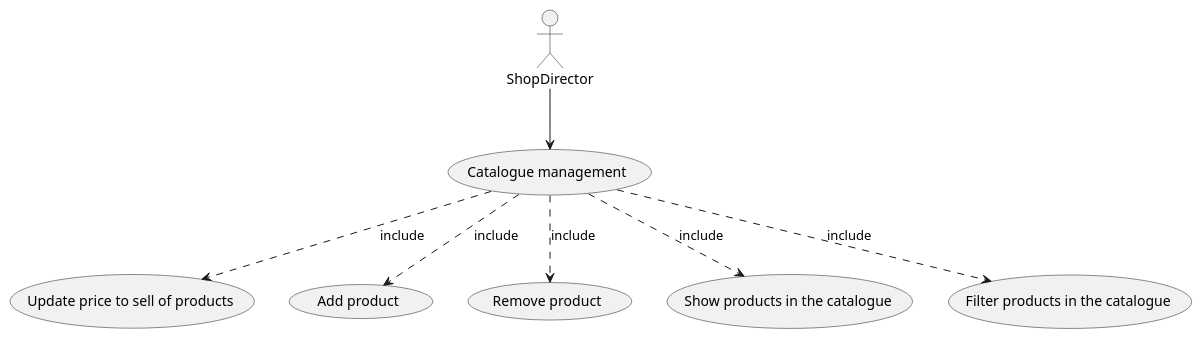
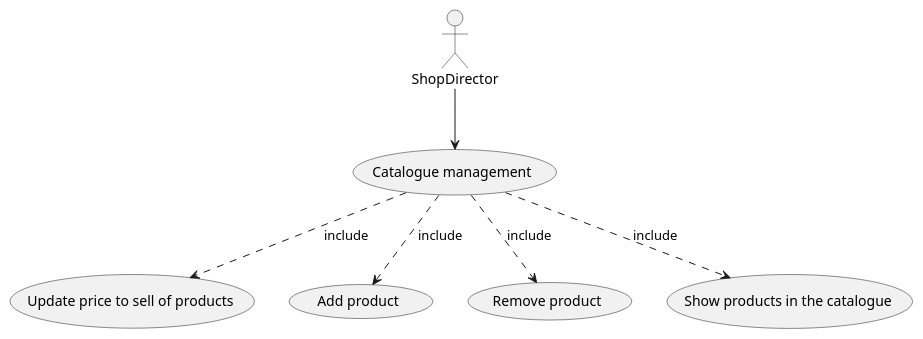
Before and after one commit to Stormz4/group20-EzShop: the fifth of 11 diagrams in Deliverables/RequirementsDocument.md, drawn with PlantUML. The commit also changed other lines of this file, not shown here.

Commit message:
Doc: Minor changes, merged show & filter (filter is a variant of show). Updated use case diagrams

````diff
--- a/Deliverables/RequirementsDocument.md
+++ b/Deliverables/RequirementsDocument.md
@@ -320,12 +316,11 @@
 ```plantuml
 @startuml
 
 :ShopDirector: --> (Catalogue management)
 (Catalogue management) ..> (Update price to sell of products) : include
 (Catalogue management) ..> (Add product) : include
 (Catalogue management) ..> (Remove product) : include
 (Catalogue management) ..> (Show products in the catalogue) : include
-(Catalogue management) ..> (Filter products in the catalogue) : include
 
 @enduml
 ```
````
